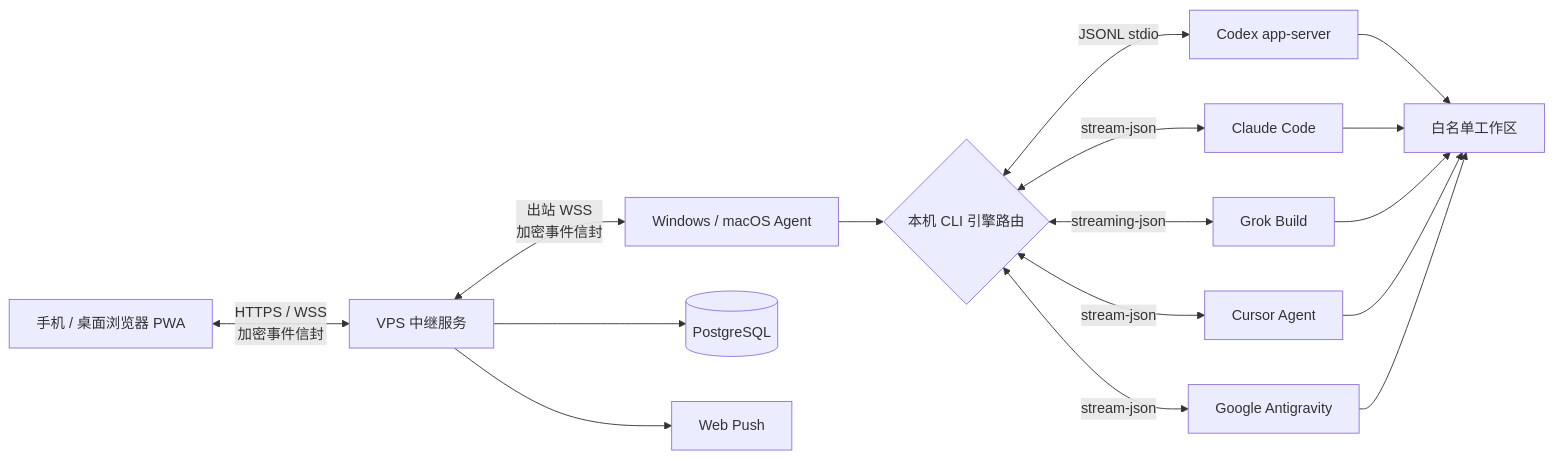
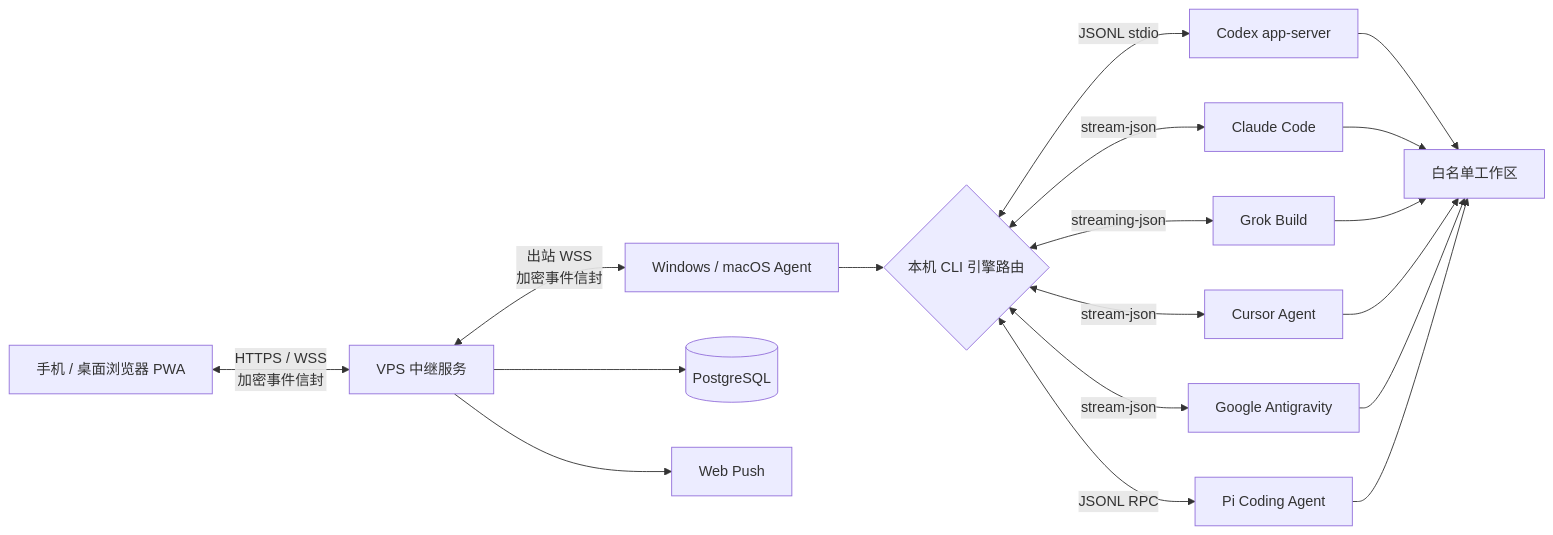
One commit to demonrain/anytimevibe changed the diagram in docs/PRODUCT.md. Above: the diagram before and after it, drawn with Mermaid. The commit also changed other lines of this file and 18 other files, not shown here.

````diff
--- a/docs/PRODUCT.md
+++ b/docs/PRODUCT.md
@@ -73,18 +73,20 @@
 ```mermaid
 flowchart LR
     PWA[手机 / 桌面浏览器 PWA] <-->|HTTPS / WSS\n加密事件信封| Relay[VPS 中继服务]
     Relay <-->|出站 WSS\n加密事件信封| Agent[Windows / macOS Agent]
     Agent --> Router{本机 CLI 引擎路由}
     Router <-->|JSONL stdio| Codex[Codex app-server]
     Router <-->|stream-json| Claude[Claude Code]
     Router <-->|streaming-json| Grok[Grok Build]
     Router <-->|stream-json| Cursor[Cursor Agent]
     Router <-->|stream-json| Antigravity[Google Antigravity]
+    Router <-->|JSONL RPC| Pi[Pi Coding Agent]
     Codex --> Workspace[白名单工作区]
     Claude --> Workspace
     Grok --> Workspace
     Cursor --> Workspace
     Antigravity --> Workspace
+    Pi --> Workspace
     Relay --> DB[(PostgreSQL)]
     Relay --> Push[Web Push]
 ```
````
